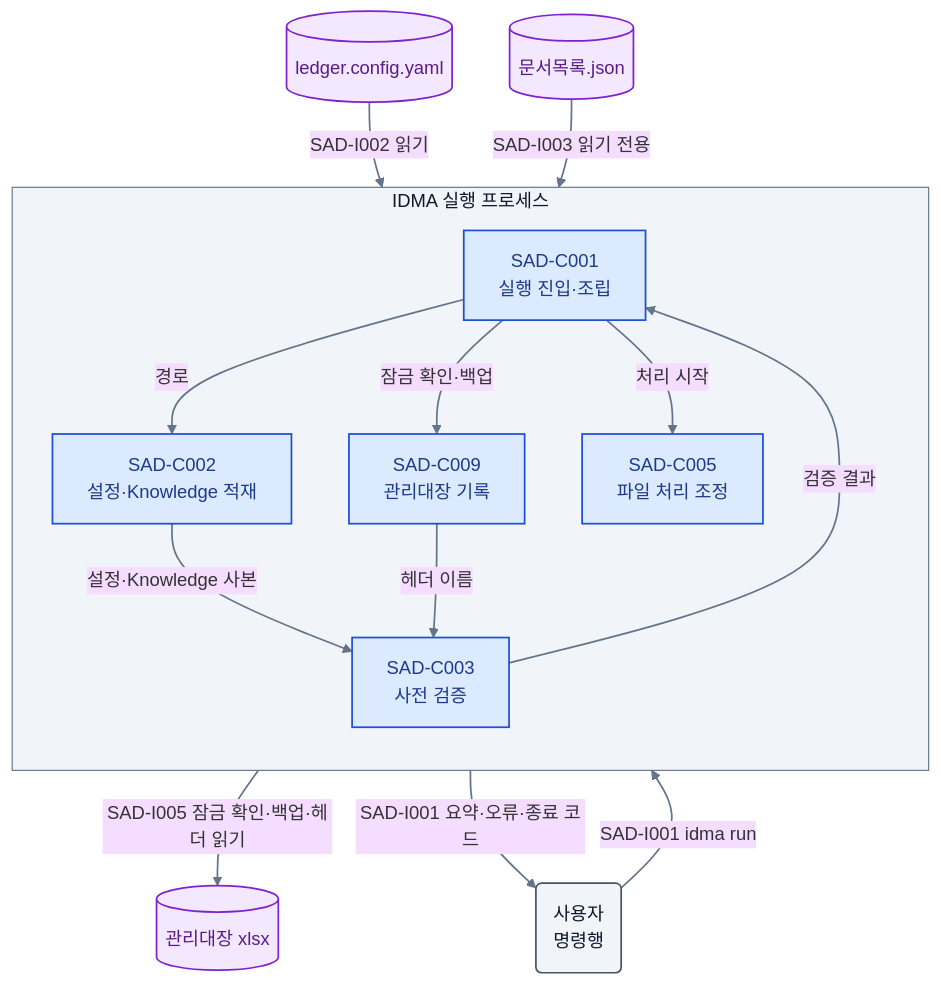
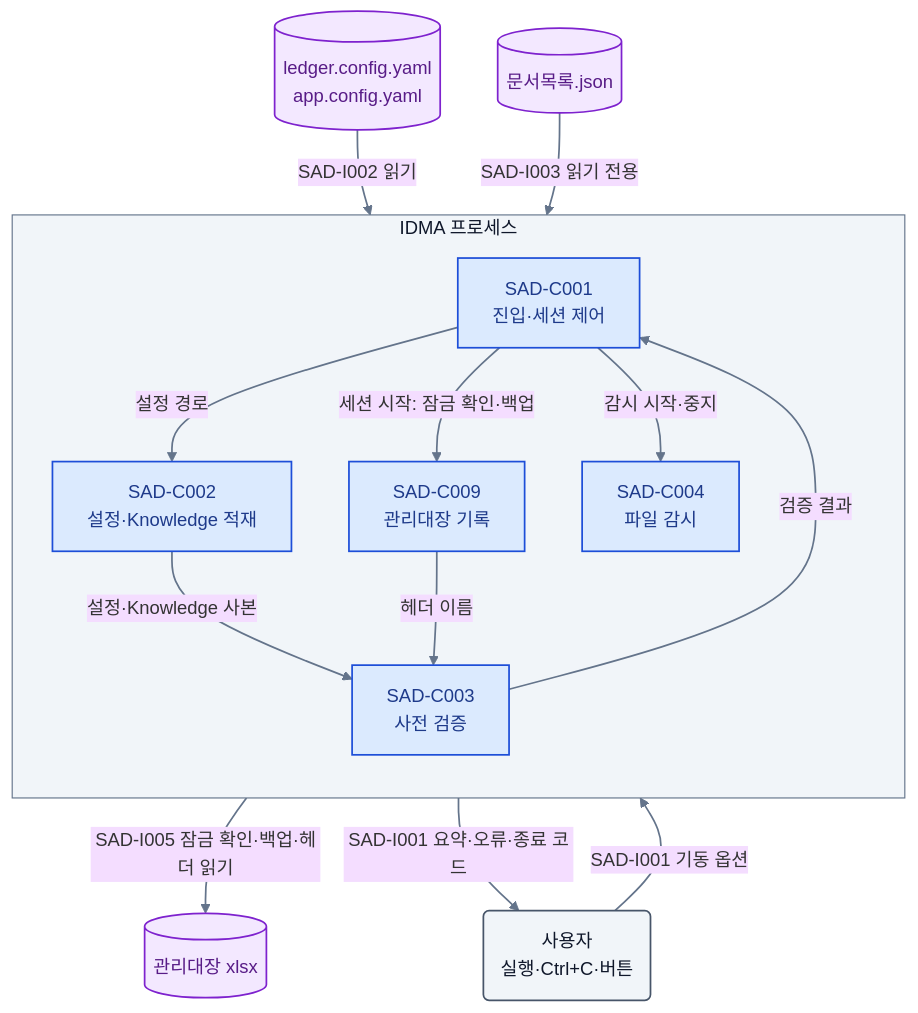
Before and after one commit to jby2199/IDMA: the first of 4 diagrams in docs/3.Design/SAD.md, drawn with Mermaid (base theme). The commit also changed other lines of this file and 7 other files, not shown here.

First line of the commit message:
docs: 사용자 결정 Q02·Q07 반영 — 코드 기능 문서화(PRD 00.03, SRS 00.05, SAD 00.04)

````diff
--- a/docs/3.Design/SAD.md
+++ b/docs/3.Design/SAD.md
@@ -121,25 +126,25 @@
 ```mermaid
 flowchart TB
-    U("사용자<br/>명령행") -->|SAD-I001 idma run| A
-    subgraph SYS[IDMA 실행 프로세스]
+    U("사용자<br/>실행·Ctrl+C·버튼") -->|SAD-I001 기동 옵션| A
+    subgraph SYS[IDMA 프로세스]
         direction TB
-        A["SAD-C001<br/>실행 진입·조립"] -->|경로| B["SAD-C002<br/>설정·Knowledge 적재"]
+        A["SAD-C001<br/>진입·세션 제어"] -->|설정 경로| B["SAD-C002<br/>설정·Knowledge 적재"]
         B -->|설정·Knowledge 사본| C["SAD-C003<br/>사전 검증"]
         C -->|검증 결과| A
-        A -->|잠금 확인·백업| L["SAD-C009<br/>관리대장 기록"]
+        A -->|세션 시작: 잠금 확인·백업| L["SAD-C009<br/>관리대장 기록"]
         L -->|헤더 이름| C
-        A -->|처리 시작| P["SAD-C005<br/>파일 처리 조정"]
+        A -->|감시 시작·중지| D["SAD-C004<br/>파일 감시"]
     end
     L -->|SAD-I005 잠금 확인·백업·헤더 읽기| WB[("관리대장 xlsx")]
-    CF[("ledger.config.yaml")] -->|SAD-I002 읽기| B
+    CF[("ledger.config.yaml<br/>app.config.yaml")] -->|SAD-I002 읽기| B
     KF[("문서목록.json")] -->|SAD-I003 읽기 전용| B
     A -->|SAD-I001 요약·오류·종료 코드| U
     classDef process fill:#DBEAFE,stroke:#1D4ED8,color:#1E3A8A,stroke-width:1.5px;
     classDef data fill:#F3E8FF,stroke:#7E22CE,color:#581C87,stroke-width:1.5px;
     classDef neutral fill:#F1F5F9,stroke:#475569,color:#0F172A,stroke-width:1.5px;
-    class A,B,C,L,P process;
+    class A,B,C,L,D process;
     class CF,KF,WB data;
     class U neutral;
     style SYS fill:#F1F5F9,stroke:#64748B,color:#0F172A;
     linkStyle default stroke:#64748B,stroke-width:1.5px;
 ```
````
